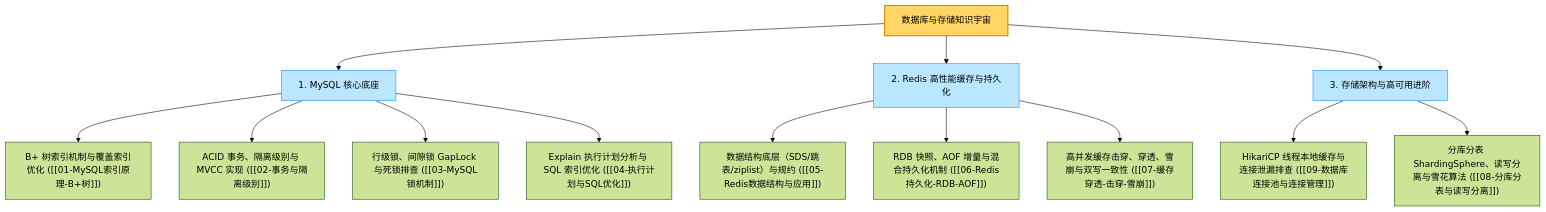
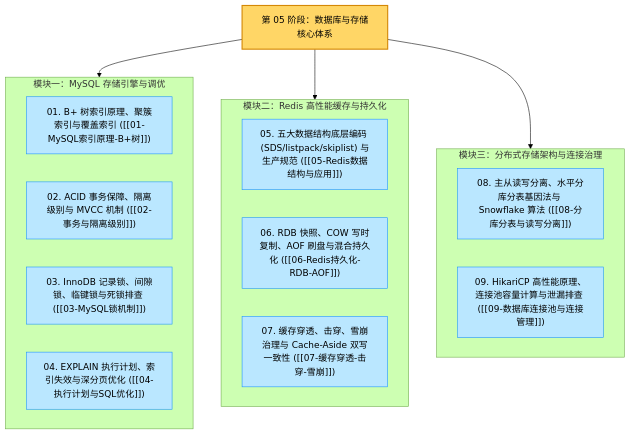
Before and after one commit to GuoWWWX/knowledge-base: the diagram in 20-Java后端/05-数据库与存储/99-本章总结与复习.md, drawn with Mermaid (forest theme). The commit also changed other lines of this file and 251 other files, not shown here.

````diff
--- a/20-Java后端/05-数据库与存储/99-本章总结与复习.md
+++ b/20-Java后端/05-数据库与存储/99-本章总结与复习.md
@@ -23,22 +23,29 @@
 ```mermaid
 flowchart TD
     classDef root fill:#ffd666,stroke:#d48806,stroke-width:2px;
-    classDef branch fill:#bae7ff,stroke:#1890ff,stroke-width:1px;
+    classDef nodeStyle fill:#bae7ff,stroke:#1890ff,stroke-width:1px;
 
-    Storage["数据库与存储知识宇宙"]:::root
+    Storage["第 05 阶段：数据库与存储核心体系"]:::root
 
-    Storage --> C1["1. MySQL 核心底座"]:::branch
-    C1 --> C11["B+ 树索引机制与覆盖索引优化 ([[01-MySQL索引原理-B+树]])"]
-    C1 --> C12["ACID 事务、隔离级别与 MVCC 实现 ([[02-事务与隔离级别]])"]
-    C1 --> C13["行级锁、间隙锁 GapLock 与死锁排查 ([[03-MySQL锁机制]])"]
-    C1 --> C14["Explain 执行计划分析与 SQL 索引优化 ([[04-执行计划与SQL优化]])"]
+    subgraph MySQLCore["模块一：MySQL 存储引擎与调优"]
+        C11["01. B+ 树索引原理、聚簇索引与覆盖索引 ([[01-MySQL索引原理-B+树]])"]:::nodeStyle
+        C12["02. ACID 事务保障、隔离级别与 MVCC 机制 ([[02-事务与隔离级别]])"]:::nodeStyle
+        C13["03. InnoDB 记录锁、间隙锁、临键锁与死锁排查 ([[03-MySQL锁机制]])"]:::nodeStyle
+        C14["04. EXPLAIN 执行计划、索引失效与深分页优化 ([[04-执行计划与SQL优化]])"]:::nodeStyle
+    end
 
-    Storage --> C2["2. Redis 高性能缓存与持久化"]:::branch
-    C2 --> C21["数据结构底层（SDS/跳表/ziplist）与规约 ([[05-Redis数据结构与应用]])"]
-    C2 --> C22["RDB 快照、AOF 增量与混合持久化机制 ([[06-Redis持久化-RDB-AOF]])"]
-    C2 --> C23["高并发缓存击穿、穿透、雪崩与双写一致性 ([[07-缓存穿透-击穿-雪崩]])"]
+    subgraph RedisCore["模块二：Redis 高性能缓存与持久化"]
+        C21["05. 五大数据结构底层编码 (SDS/listpack/skiplist) 与生产规范 ([[05-Redis数据结构与应用]])"]:::nodeStyle
+        C22["06. RDB 快照、COW 写时复制、AOF 刷盘与混合持久化 ([[06-Redis持久化-RDB-AOF]])"]:::nodeStyle
+        C23["07. 缓存穿透、击穿、雪崩治理与 Cache-Aside 双写一致性 ([[07-缓存穿透-击穿-雪崩]])"]:::nodeStyle
+    end
 
-    Storage --> C3["3. 存储架构与高可用进阶"]:::branch
-    C3 --> C31["HikariCP 线程本地缓存与连接泄漏排查 ([[09-数据库连接池与连接管理]])"]
-    C3 --> C32["分库分表 ShardingSphere、读写分离与雪花算法 ([[08-分库分表与读写分离]])"]
+    subgraph DistStorage["模块三：分布式存储架构与连接治理"]
+        C31["08. 主从读写分离、水平分库分表基因法与 Snowflake 算法 ([[08-分库分表与读写分离]])"]:::nodeStyle
+        C32["09. HikariCP 高性能原理、连接池容量计算与泄漏排查 ([[09-数据库连接池与连接管理]])"]:::nodeStyle
+    end
+
+    Storage --> MySQLCore
+    Storage --> RedisCore
+    Storage --> DistStorage
 ```
````
